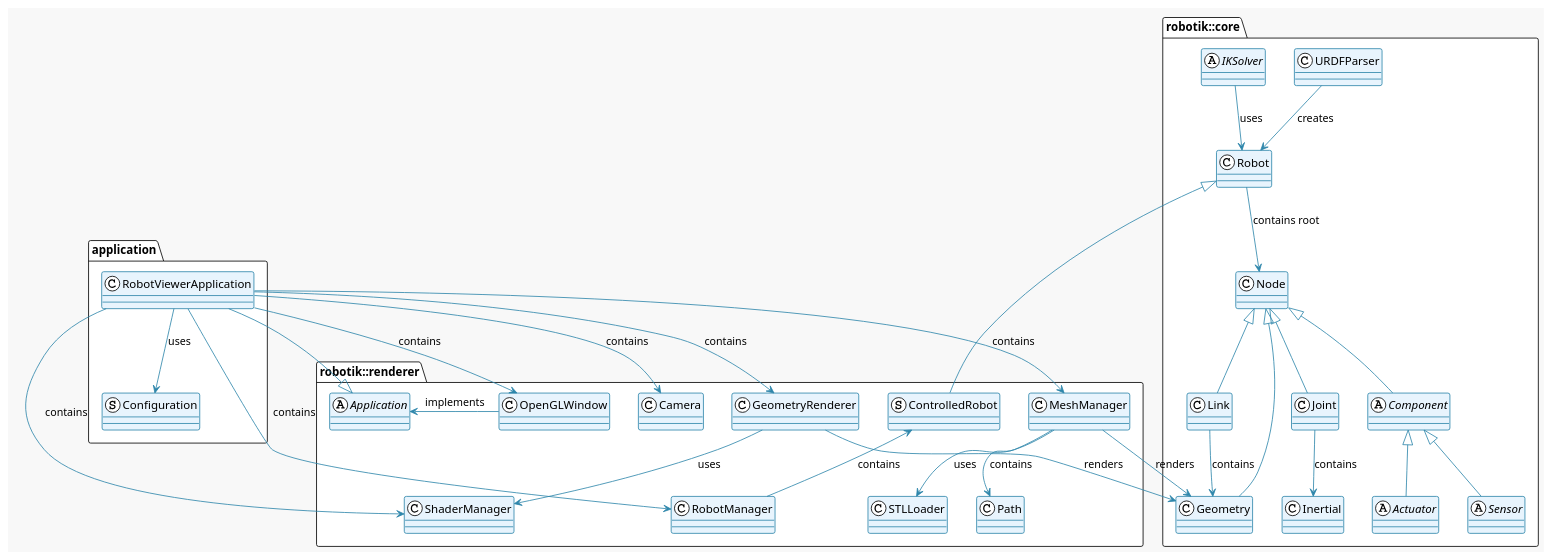
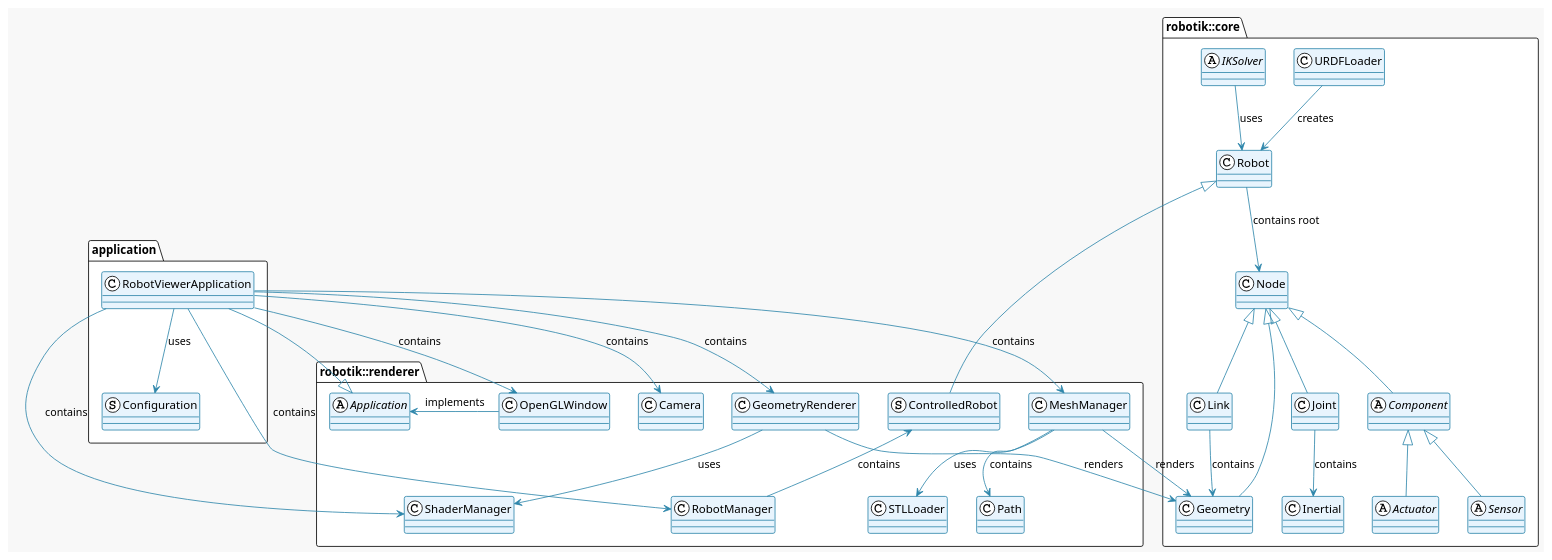
Before and after one commit to Lecrapouille/Robotik: the diagram in doc/robotik_architecture.puml, drawn with PlantUML. The commit also changed 25 other files, not shown here.

```diff
--- a/doc/robotik_architecture.puml
+++ b/doc/robotik_architecture.puml
@@ -1,127 +1,127 @@
 @startuml Robotik Architecture
 
 !theme plain
 skinparam classAttributeIconSize 0
 skinparam backgroundColor #F8F8F8
 skinparam class {
     BackgroundColor #E8F4FD
     BorderColor #2E86AB
     ArrowColor #2E86AB
 }
 
 package "robotik::renderer" {
     abstract class Application {
     }
 
     class Camera {
     }
 
     class OpenGLWindow {
     }
 
     class ShaderManager {
     }
 
     class STLLoader {
     }
 
     class MeshManager {
     }
 
     class GeometryRenderer {
     }
 
     class RobotManager {
     }
 
     class Path {
     }
 
     struct ControlledRobot {
     }
 }
 
 package "application" {
     class RobotViewerApplication {
     }
 
     struct Configuration {
     }
 }
 
 package "robotik::core" {
     class Node {
     }
 
     class Joint {
     }
 
     class Link {
     }
 
     class Geometry {
     }
 
     abstract class Component {
     }
 
     abstract class Sensor {
     }
 
     abstract class Actuator {
     }
 
     class Robot {
     }
 
-    class URDFParser {
+    class URDFLoader {
     }
 
     abstract class IKSolver {
     }
 
     class Inertial {
     }
 }
 
 ' Core package inheritances
 Node <|-- Joint
 Node <|-- Link
 Node <|-- Geometry
 Node <|-- Component
 
 Component <|-- Sensor
 Component <|-- Actuator
 
 ' Core package associations
 Robot --> Node : contains root
-URDFParser --> Robot : creates
+URDFLoader --> Robot : creates
 IKSolver --> Robot : uses
 Joint --> Inertial : contains
 Link --> Geometry : contains
 
 ' Viewer package inheritances
 Application <|-- RobotViewerApplication
 
 ' Viewer package associations
 RobotViewerApplication --> Configuration : uses
 RobotViewerApplication --> OpenGLWindow : contains
 RobotViewerApplication --> Camera : contains
 RobotViewerApplication --> ShaderManager : contains
 RobotViewerApplication --> MeshManager : contains
 RobotViewerApplication --> GeometryRenderer : contains
 RobotViewerApplication --> RobotManager : contains
 Application <- OpenGLWindow : implements
 
 GeometryRenderer --> ShaderManager : uses
 MeshManager --> STLLoader : uses
 MeshManager --> Path : contains
 
 ControlledRobot <-- RobotManager : contains
 Robot <|-- ControlledRobot
 
 ' Cross-package dependencies
 GeometryRenderer --> Geometry : renders
 MeshManager --> Geometry : renders
 
 @enduml
```
